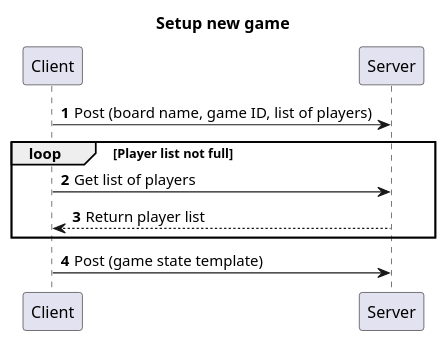
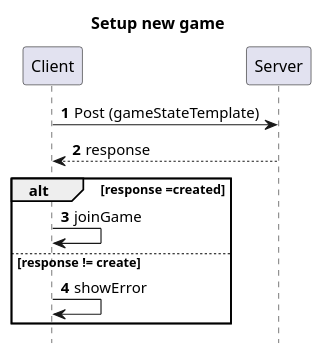
Before and after one commit to MarkBidstrup/RoboRally: the diagram in PlantUML/SetupNewGameDiagram.puml, drawn with PlantUML. The commit also changed 2 other files, not shown here.

Commit message:
fixed sequence diagram

```diff
--- a/PlantUML/SetupNewGameDiagram.puml
+++ b/PlantUML/SetupNewGameDiagram.puml
@@ -1,14 +1,15 @@
 @startuml
 'https://plantuml.com/sequence-diagram
+hide footbox
 
 autonumber
 title Setup new game
 
-Client -> Server: Post (board name, game ID, list of players)
-loop Player list not full
-Client -> Server: Get list of players
-Server --> Client: Return player list
+Client -> Server: Post (gameStateTemplate)
+Client <-- Server: response
+alt response =created
+    Client -> Client: joinGame
+else response != create
+    Client-> Client: showError
 end
-
-Client -> Server: Post (game state template)
 @enduml
```
